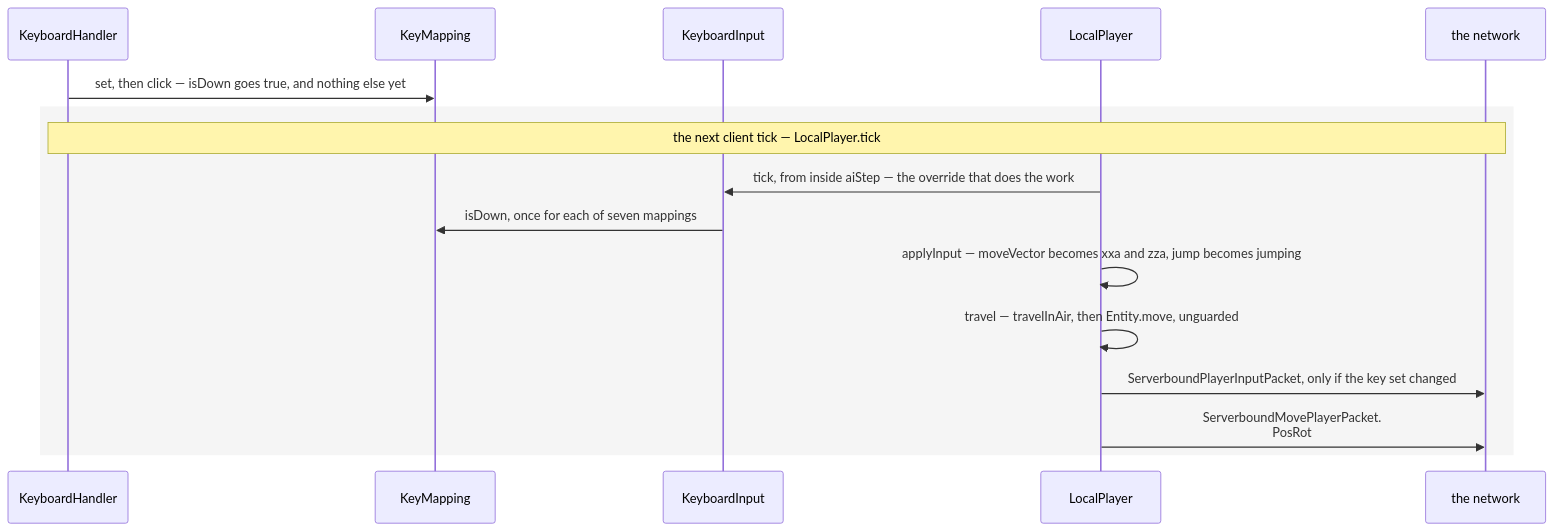
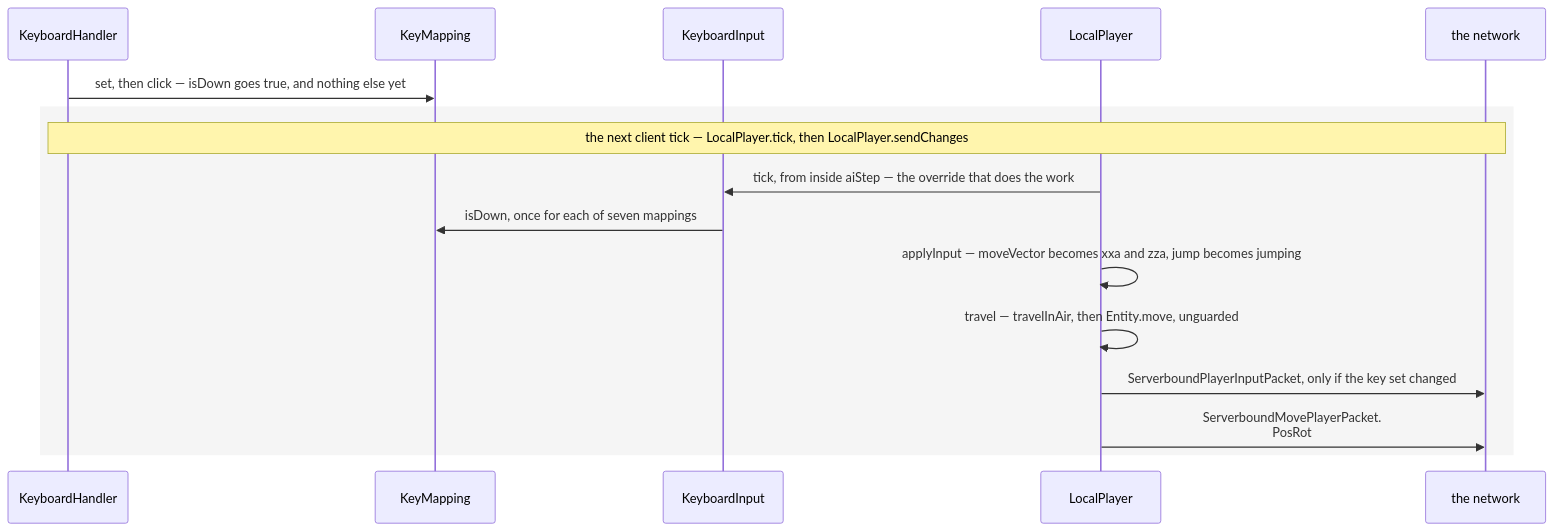
Before and after one commit to AlexanderjFraser/MinecraftDocs: the first of 2 diagrams in src/systems/player/input-to-movement.md, drawn with Mermaid. The commit also changed other lines of this file and 68 other files, not shown here.

````diff
--- a/src/systems/player/input-to-movement.md
+++ b/src/systems/player/input-to-movement.md
@@ -166,19 +166,19 @@
 ```mermaid
 sequenceDiagram
     participant KH as KeyboardHandler
     participant KM as KeyMapping
     participant KI as KeyboardInput
     participant LP as LocalPlayer
     participant Wire as the network
 
     KH->>KM: set, then click — isDown goes true, and nothing else yet
     rect rgba(0, 0, 0, 0.04)
-        Note over KH,Wire: the next client tick — LocalPlayer.tick
+        Note over KH,Wire: the next client tick — LocalPlayer.tick, then LocalPlayer.sendChanges
         LP->>KI: tick, from inside aiStep — the override that does the work
         KI->>KM: isDown, once for each of seven mappings
         LP->>LP: applyInput — moveVector becomes xxa and zza, jump becomes jumping
         LP->>LP: travel — travelInAir, then Entity.move, unguarded
         LP->>Wire: ServerboundPlayerInputPacket, only if the key set changed
         LP->>Wire: ServerboundMovePlayerPacket.<br/>PosRot
     end
 ```
````
